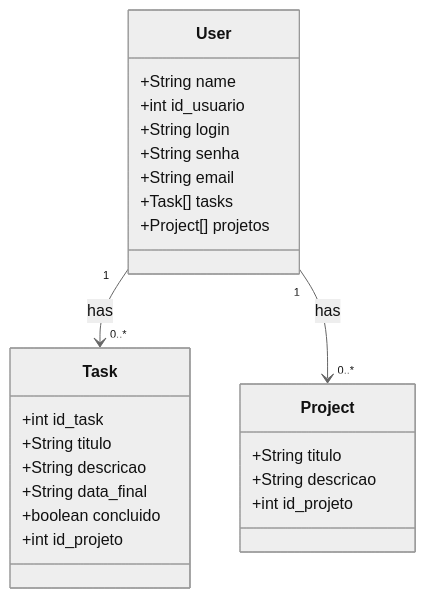
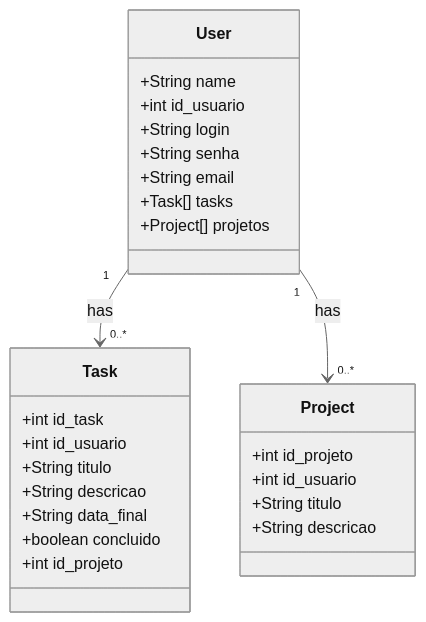
Before and after one commit to ThomasLincoln/todoList_restAPI: the diagram in README.md, drawn with Mermaid (neutral theme).

````diff
--- a/README.md
+++ b/README.md
@@ -3,30 +3,32 @@
 ```mermaid
 classDiagram
     class User {
         +String name
         +int id_usuario
         +String login
         +String senha
         +String email
         +Task[] tasks
         +Project[] projetos
     }
 
     class Task {
         +int id_task
+        +int id_usuario
         +String titulo
         +String descricao
         +String data_final
         +boolean concluido
         +int id_projeto
     }
 
     class Project {
+        +int id_projeto
+        +int id_usuario
         +String titulo
         +String descricao
-        +int id_projeto
     }
 
     User "1" --> "0..*" Task : has
     User "1" --> "0..*" Project : has
 ```
````
